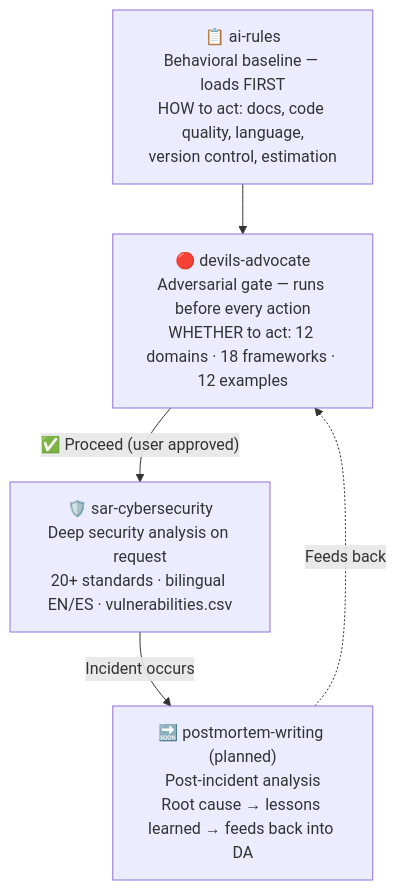
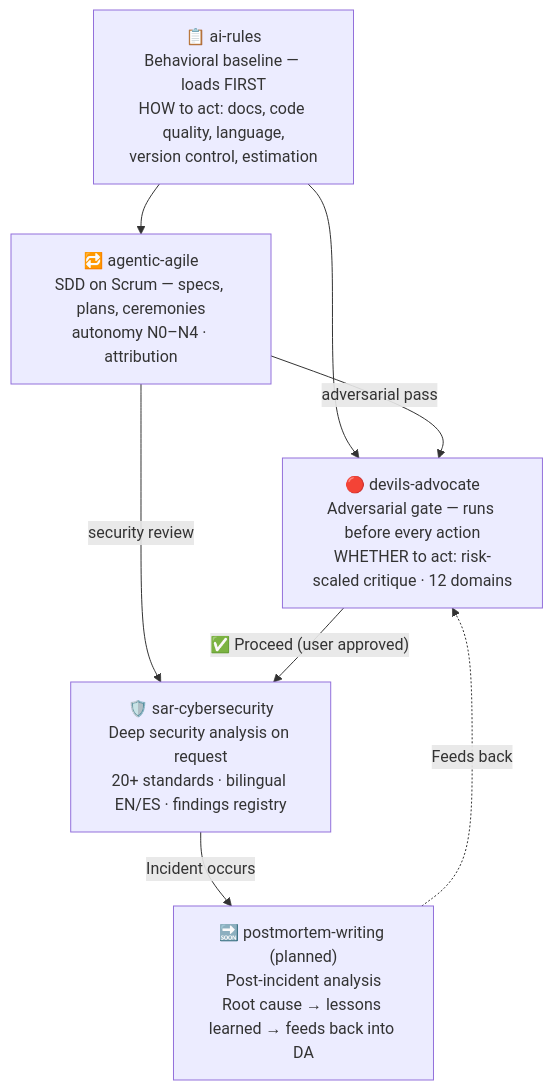
Before and after one commit to carrilloapps/skills: the third of 3 diagrams in README.md, drawn with Mermaid. The commit also changed other lines of this file and 672 other files, not shown here.

````diff
--- a/README.md
+++ b/README.md
@@ -175,12 +185,16 @@
 ```mermaid
 flowchart TD
     AR["📋 ai-rules\nBehavioral baseline — loads FIRST\nHOW to act: docs, code quality, language,\nversion control, estimation"]
-    DA["🔴 devils-advocate\nAdversarial gate — runs before every action\nWHETHER to act: 12 domains · 18 frameworks · 12 examples"]
-    SAR["🛡️ sar-cybersecurity\nDeep security analysis on request\n20+ standards · bilingual EN/ES · vulnerabilities.csv"]
+    DA["🔴 devils-advocate\nAdversarial gate — runs before every action\nWHETHER to act: risk-scaled critique · 12 domains"]
+    SAR["🛡️ sar-cybersecurity\nDeep security analysis on request\n20+ standards · bilingual EN/ES · findings registry"]
+    AA["🔁 agentic-agile\nSDD on Scrum — specs, plans, ceremonies\nautonomy N0–N4 · attribution"]
     PM["🔜 postmortem-writing (planned)\nPost-incident analysis\nRoot cause → lessons learned → feeds back into DA"]
 
     AR --> DA
+    AR --> AA
+    AA -- "adversarial pass" --> DA
+    AA -- "security review" --> SAR
     DA -- "✅ Proceed (user approved)" --> SAR
     SAR -- "Incident occurs" --> PM
     PM -. "Feeds back" .-> DA
 ```
````
